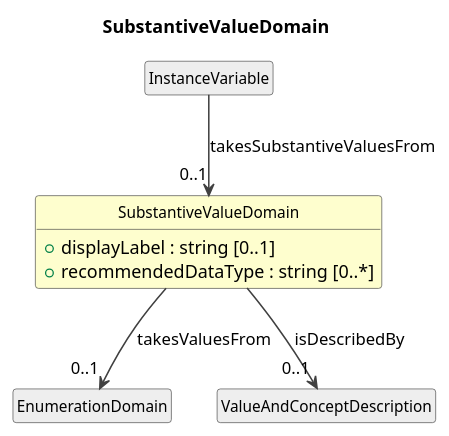
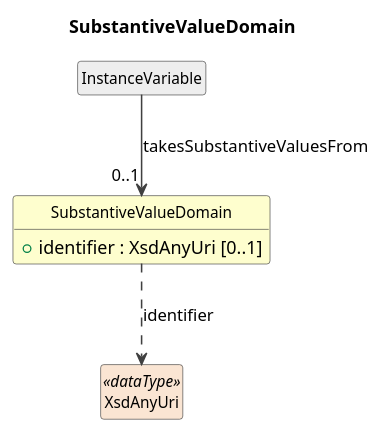
Before and after one commit to Cross-Domain-Interoperability-Framework/metadataBuildingBlocks: the diagram in cdif-uml-model/BasicDataDescription/Classes/SubstantiveValueDomain.pu, drawn with PlantUML. The commit also changed 834 other files, not shown here.

```diff
--- a/cdif-uml-model/BasicDataDescription/Classes/SubstantiveValueDomain.pu
+++ b/cdif-uml-model/BasicDataDescription/Classes/SubstantiveValueDomain.pu
@@ -1,24 +1,21 @@
 @startuml
 title SubstantiveValueDomain
 hide circle
 hide empty members
 skinparam shadowing false
 skinparam ArrowThickness 1.2
 skinparam class {
   ArrowColor #404040
   BorderColor #404040
   FontSize 12
 }
 
 class "SubstantiveValueDomain" as SubstantiveValueDomain #FEFECE {
-  +displayLabel : string [0..1]
-  +recommendedDataType : string [0..*]
+  +identifier : XsdAnyUri [0..1]
 }
 class "InstanceVariable" as InstanceVariable #EEEEEE
 InstanceVariable --> "0..1" SubstantiveValueDomain : takesSubstantiveValuesFrom
-class "EnumerationDomain" as EnumerationDomain #EEEEEE
-SubstantiveValueDomain --> "0..1" EnumerationDomain : takesValuesFrom
-class "ValueAndConceptDescription" as ValueAndConceptDescription #EEEEEE
-SubstantiveValueDomain --> "0..1" ValueAndConceptDescription : isDescribedBy
+class "XsdAnyUri" as XsdAnyUri <<dataType>> #FAE5D3
+SubstantiveValueDomain ..> XsdAnyUri : identifier
 
 @enduml
```
